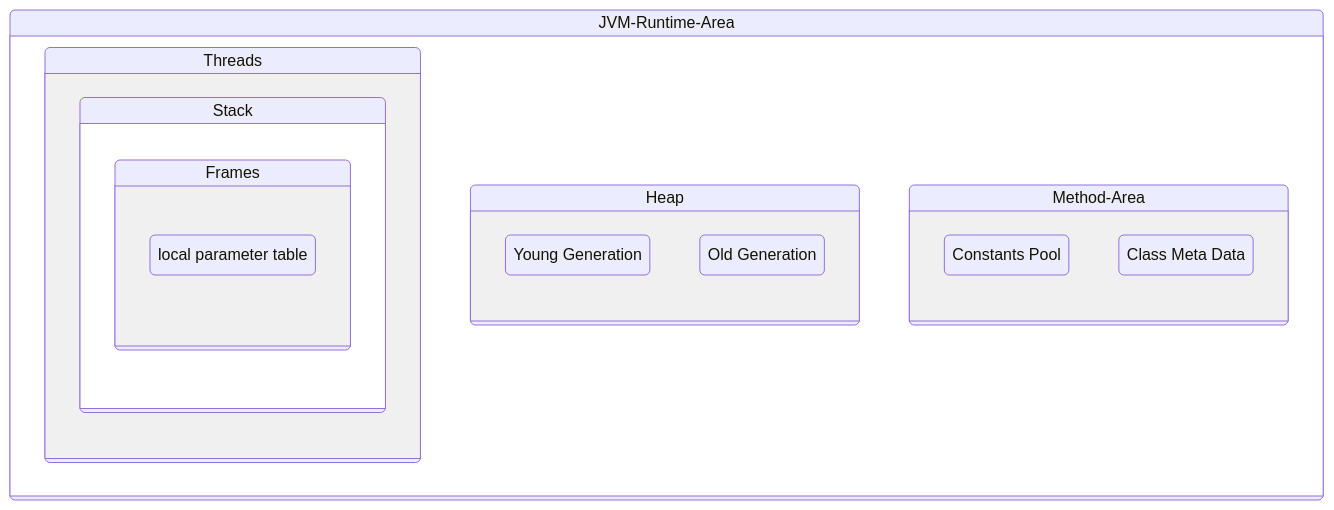
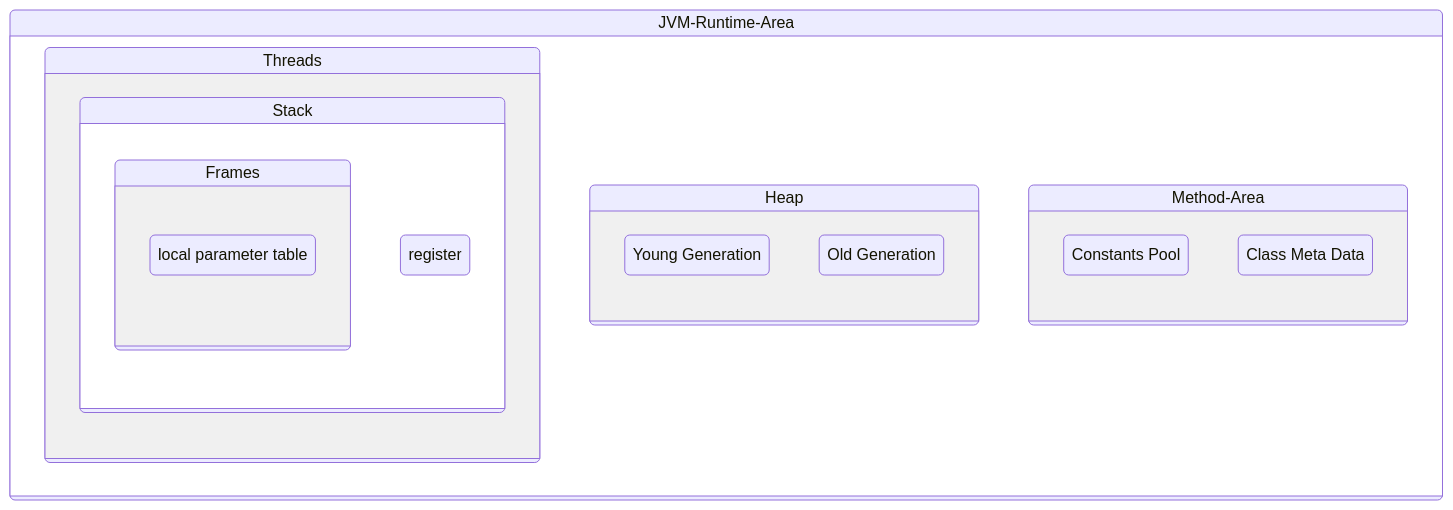
One commit to KangShanR/kangshanr.github.io changed the diagram in source/_drafts/Jvm-Runtime-Data-Area.md. Above: the diagram before and after it, drawn with Mermaid. The commit also changed 1 other file, not shown here.

Commit message:
note of MQ

````diff
--- a/source/_drafts/Jvm-Runtime-Data-Area.md
+++ b/source/_drafts/Jvm-Runtime-Data-Area.md
@@ -9,22 +9,24 @@
 ```mermaid
 stateDiagram-v2
     state JVM-Runtime-Area {
         state Threads {
             state Stack {
                 state Frames {
                     p : local parameter table
+                    
                 }
+                R : register
             }
         }
         state Heap {
             Y : Young Generation
             O : Old Generation 
         }
 
         state Method-Area {
             C : Constants Pool
             C2 : Class Meta Data
         }
        
     }
 ```
````
